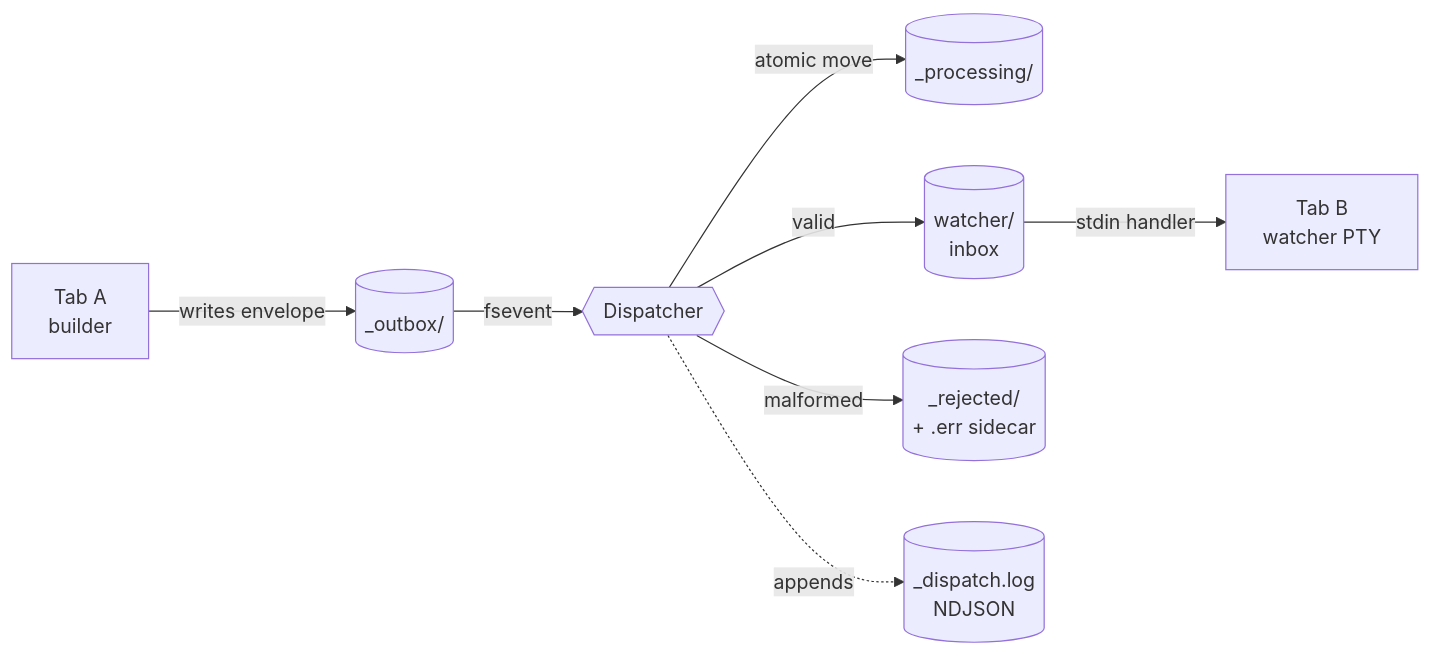
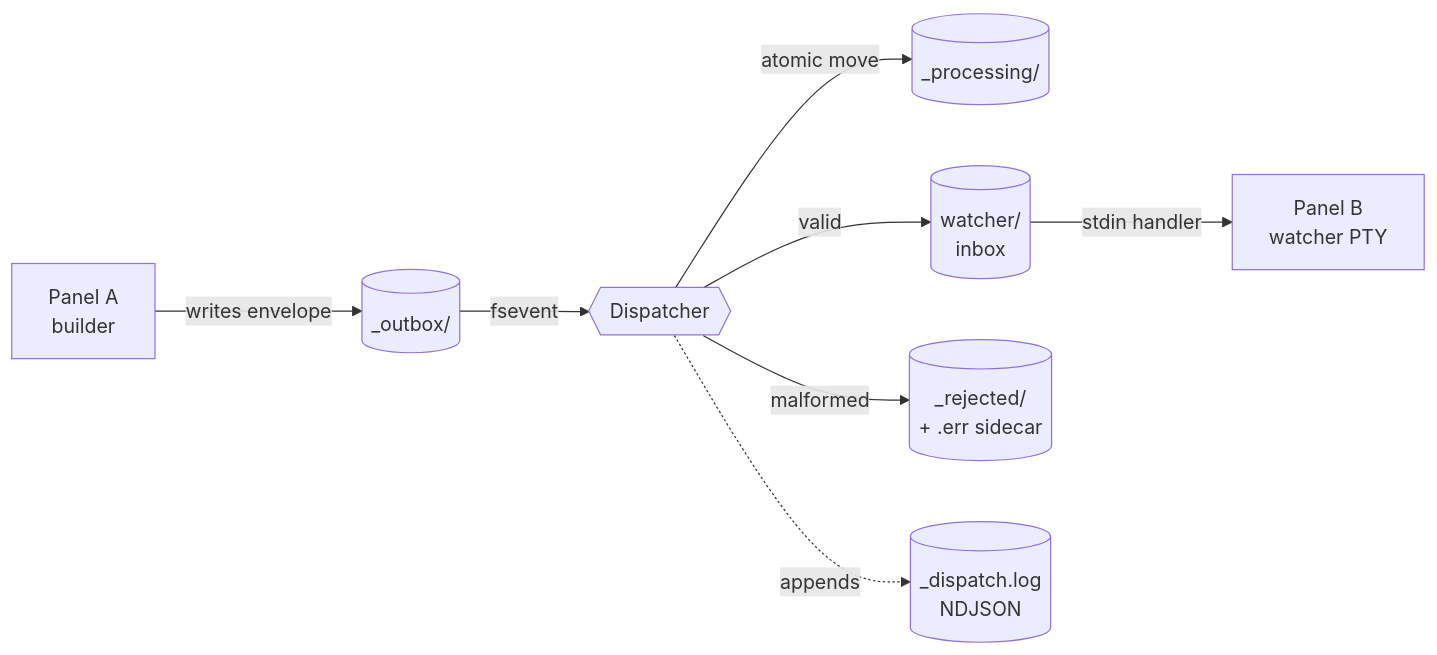
One commit to Stage-11-Agentics/c11 changed the first of 6 diagrams in docs/c11-mailbox-guide.md. Above: the diagram before and after it, drawn with Mermaid. The commit also changed other lines of this file and 4 other files, not shown here.

````diff
--- a/docs/c11-mailbox-guide.md
+++ b/docs/c11-mailbox-guide.md
@@ -19,10 +19,10 @@
 ```mermaid
 flowchart LR
-    A[Tab A<br/>builder] -- writes envelope --> OB[(_outbox/)]
+    A[Panel A<br/>builder] -- writes envelope --> OB[(_outbox/)]
     OB -- fsevent --> D{{Dispatcher}}
     D -- atomic move --> P[(_processing/)]
     D -- valid --> IB[(watcher/<br/>inbox)]
     D -- malformed --> R[(_rejected/<br/>+ .err sidecar)]
-    IB -- stdin handler --> B[Tab B<br/>watcher PTY]
+    IB -- stdin handler --> B[Panel B<br/>watcher PTY]
     D -.appends.-> L[(_dispatch.log<br/>NDJSON)]
 ```
````
